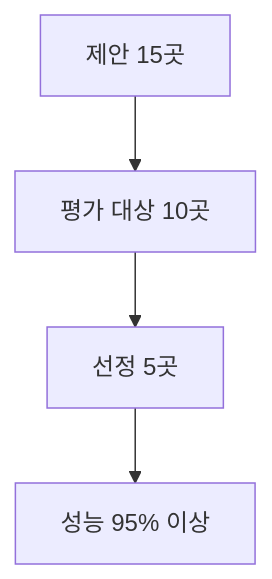
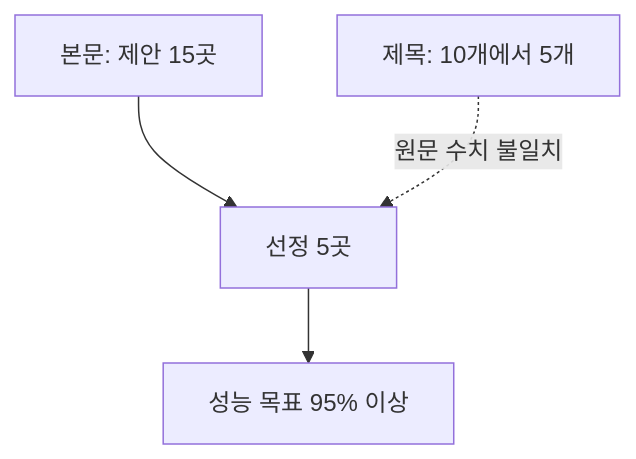
One commit to umyunsang/edu changed the diagram in ComputerScience/03_ai-ml-data/generative-ai-fine-tuning/notes/01. 생성형 AI와 파인튜닝.md. Above: the diagram before and after it, drawn with Mermaid. The commit also changed other lines of this file, not shown here.

Commit message:
Auto-save: Updated ComputerScience/03_ai-ml-data/generative-ai-fine-tuning/notes/01. 생성형 AI와 파인튜닝.md

````diff
--- a/ComputerScience/03_ai-ml-data/generative-ai-fine-tuning/notes/01. 생성형 AI와 파인튜닝.md
+++ b/ComputerScience/03_ai-ml-data/generative-ai-fine-tuning/notes/01. 생성형 AI와 파인튜닝.md
@@ -138,6 +138,6 @@
 ```mermaid
 flowchart TB
-    A[제안 15곳] --> B[평가 대상 10곳]
-    B --> C[선정 5곳]
-    C --> D[성능 95% 이상]
+    A[본문: 제안 15곳] --> B[선정 5곳]
+    B --> C[성능 목표 95% 이상]
+    T[제목: 10개에서 5개] -. 원문 수치 불일치 .-> B
 ```
````
